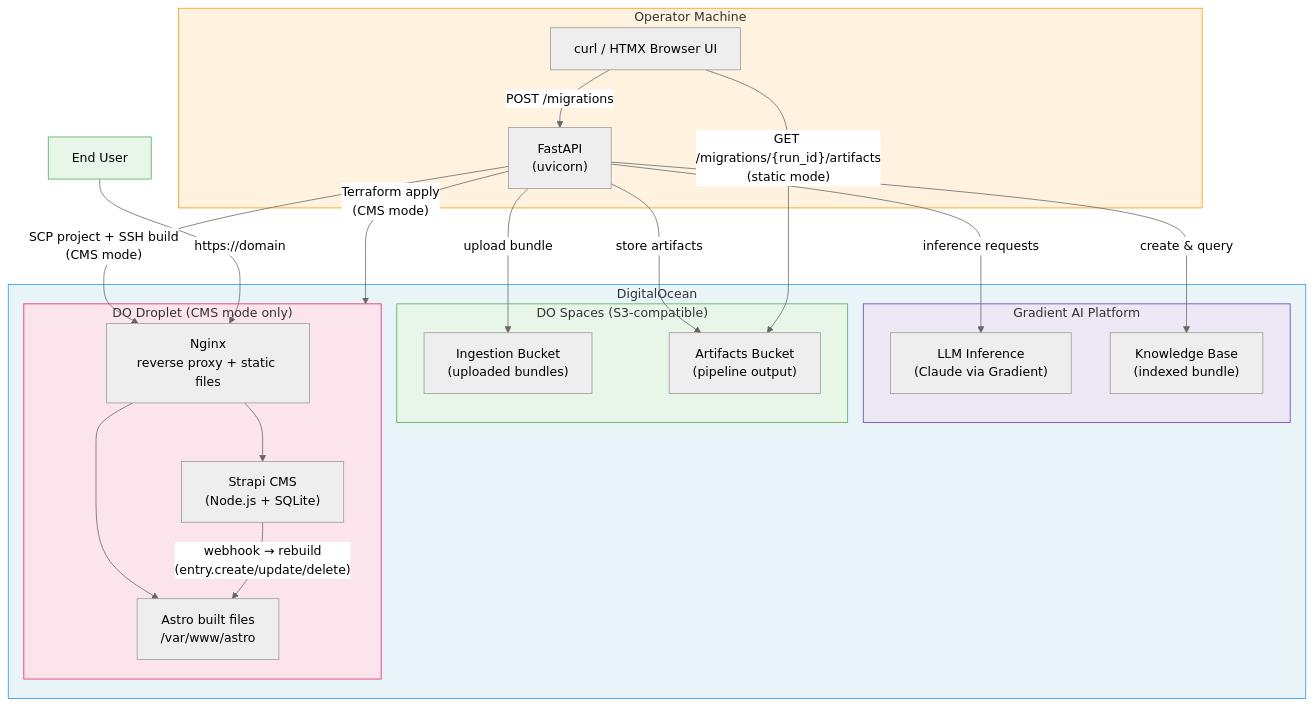
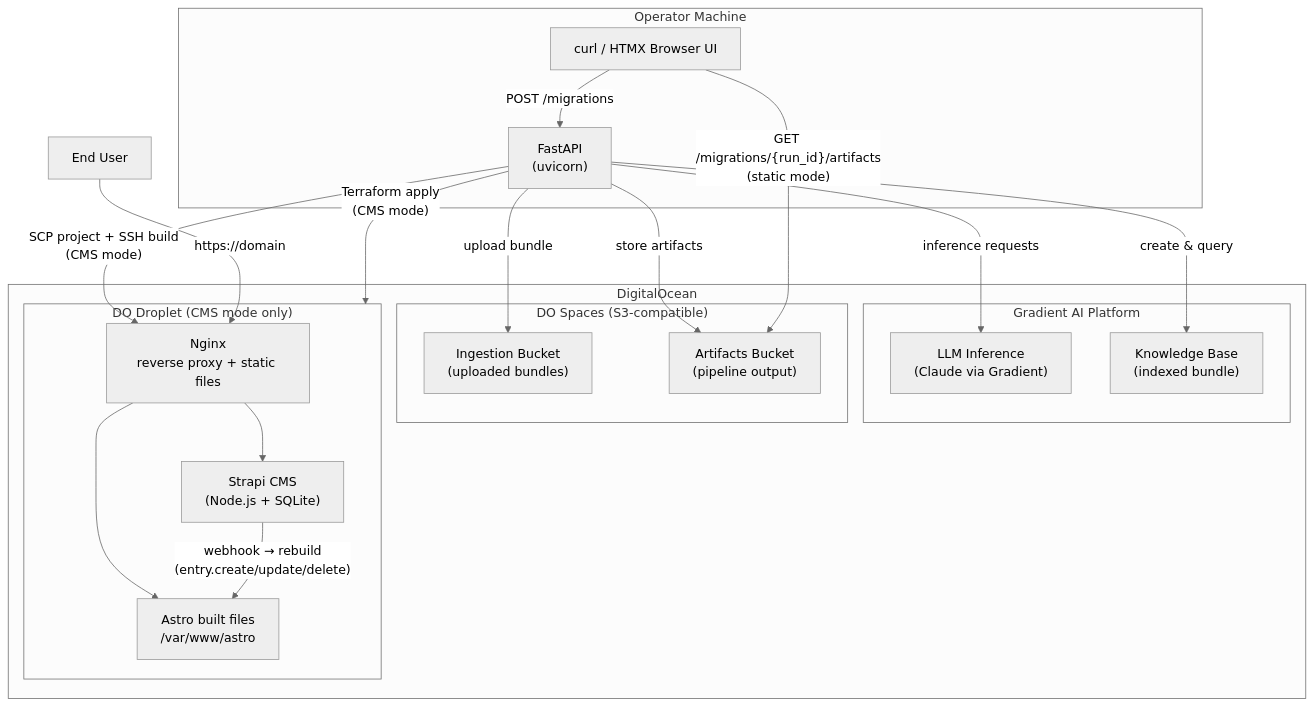
Before and after one commit to erickrex/digital-lobster: the second of 2 diagrams in README.md, drawn with Mermaid (neutral theme). The commit also changed other lines of this file, not shown here.

````diff
--- a/README.md
+++ b/README.md
@@ -93,48 +66,41 @@
 ```mermaid
 flowchart TD
     subgraph Operator["Operator Machine"]
         CLI["curl / HTMX Browser UI"]
         CLI -->|POST /migrations| API["FastAPI\n(uvicorn)"]
     end
 
     subgraph DO["DigitalOcean"]
         subgraph Gradient["Gradient AI Platform"]
             LLM["LLM Inference\n(Claude via Gradient)"]
             KB["Knowledge Base\n(indexed bundle)"]
         end
 
         subgraph Spaces["DO Spaces (S3-compatible)"]
             Ingest["Ingestion Bucket\n(uploaded bundles)"]
             ArtBucket["Artifacts Bucket\n(pipeline output)"]
         end
 
         subgraph Droplet["DO Droplet (CMS mode only)"]
             Nginx["Nginx\nreverse proxy + static files"]
             Strapi["Strapi CMS\n(Node.js + SQLite)"]
             AstroBuilt["Astro built files\n/var/www/astro"]
             Nginx --> AstroBuilt
             Nginx --> Strapi
         end
     end
 
     API -->|upload bundle| Ingest
     API -->|inference requests| LLM
     API -->|create & query| KB
     API -->|store artifacts| ArtBucket
 
     API -->|"Terraform apply\n(CMS mode)"| Droplet
     API -->|"SCP project + SSH build\n(CMS mode)"| Nginx
 
     Strapi -->|"webhook → rebuild\n(entry.create/update/delete)"| AstroBuilt
 
     User["End User"] -->|"https://domain"| Nginx
 
     CLI -->|"GET /migrations/{run_id}/artifacts\n(static mode)"| ArtBucket
-
-    style Operator fill:#fff3e0,stroke:#FF9800
-    style DO fill:#e8f4f8,stroke:#2196F3
-    style Gradient fill:#ede7f6,stroke:#673AB7
-    style Spaces fill:#e8f5e9,stroke:#4CAF50
-    style Droplet fill:#fce4ec,stroke:#E91E63
-    style User fill:#e8f5e9,stroke:#4CAF50
 ```
````
